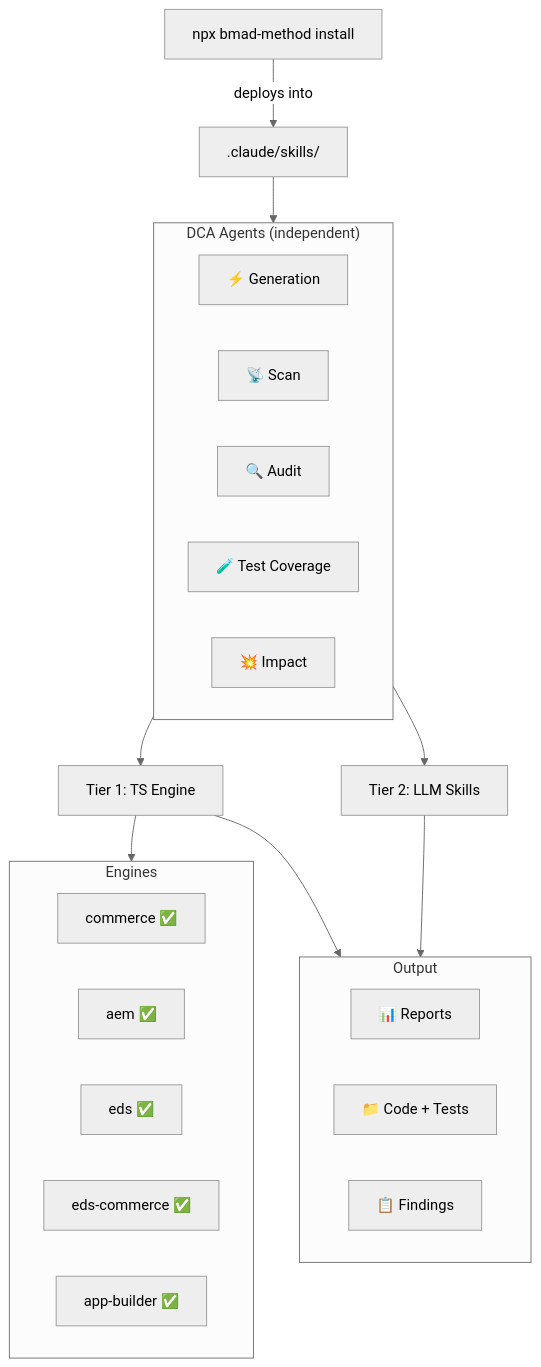
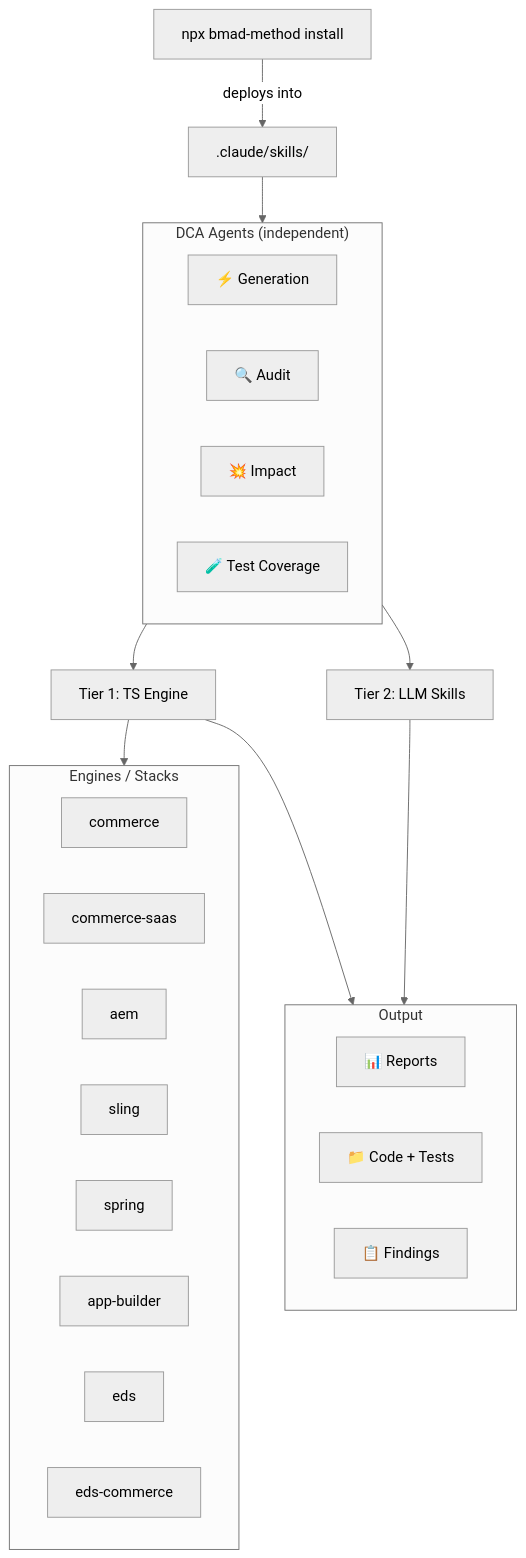
One commit to mayur434/bmad-dept-coding-agents changed the diagram in README.md. Above: the diagram before and after it, drawn with Mermaid (neutral theme). The commit also changed other lines of this file and 20 other files, not shown here.

First line of the commit message:
Align all project docs with the delivered 4-agent/8-stack architecture

````diff
--- a/README.md
+++ b/README.md
@@ -43,40 +45,42 @@
 ```mermaid
 flowchart TD
     Install["npx bmad-method install"]
     Install -->|deploys into| Project[".claude/skills/"]
 
     Project --> Agents
 
     subgraph Agents ["DCA Agents (independent)"]
         direction LR
         Gen["⚡ Generation"]
-        Scan["📡 Scan"]
         Audit["🔍 Audit"]
+        Impact["💥 Impact"]
         TestCov["🧪 Test Coverage"]
-        Impact["💥 Impact"]
     end
 
     Agents --> T1["Tier 1: TS Engine"]
     Agents --> T2["Tier 2: LLM Skills"]
 
     T1 --> Platforms
 
-    subgraph Platforms ["Engines"]
+    subgraph Platforms ["Engines / Stacks"]
         direction LR
-        Commerce["commerce ✅"]
-        AEM["aem ✅"]
-        EDS["eds ✅"]
-        EDSCom["eds-commerce ✅"]
-        AppBuilder["app-builder ✅"]
+        Commerce["commerce"]
+        CommerceSaaS["commerce-saas"]
+        AEM["aem"]
+        Sling["sling"]
+        Spring["spring"]
+        AppBuilder["app-builder"]
+        EDS["eds"]
+        EDSCom["eds-commerce"]
     end
 
     T1 --> Output
     T2 --> Output
 
     subgraph Output ["Output"]
         direction LR
         Reports["📊 Reports"]
         Code["📁 Code + Tests"]
         Findings["📋 Findings"]
     end
 ```
````
